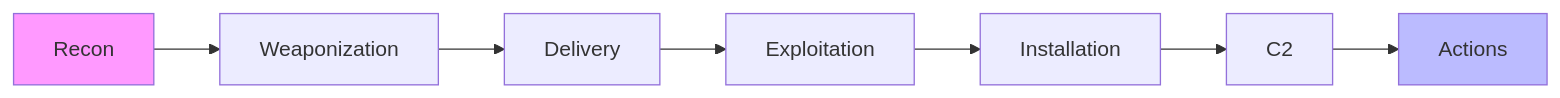
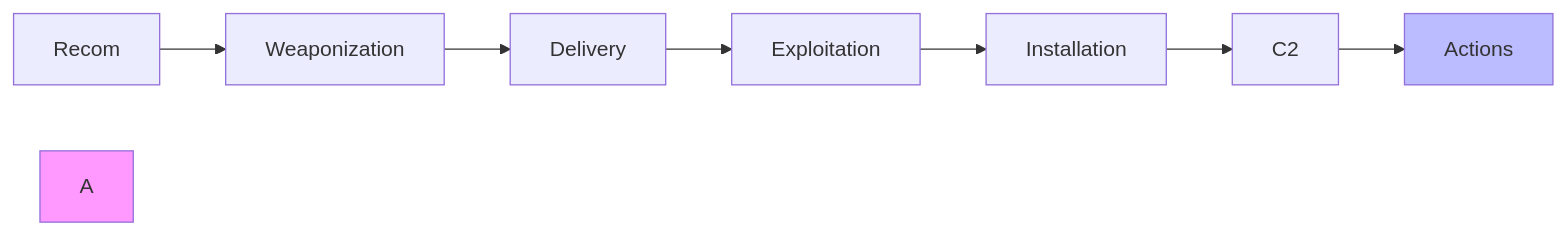
One commit to K921-cyber/cybersecurity-basics changed the first of 2 diagrams in README.md. Above: the diagram before and after it, drawn with Mermaid.

````diff
--- a/README.md
+++ b/README.md
@@ -57,12 +57,12 @@
 ```mermaid
 graph LR
-    A[Recon] --> B[Weaponization]
+    Recom --> B[Weaponization]
     B --> C[Delivery]
     C --> D[Exploitation]
     D --> E[Installation]
     E --> F[C2]
     F --> G[Actions]
 
     style A fill:#f9f
     style G fill:#bbf
 ```
````
